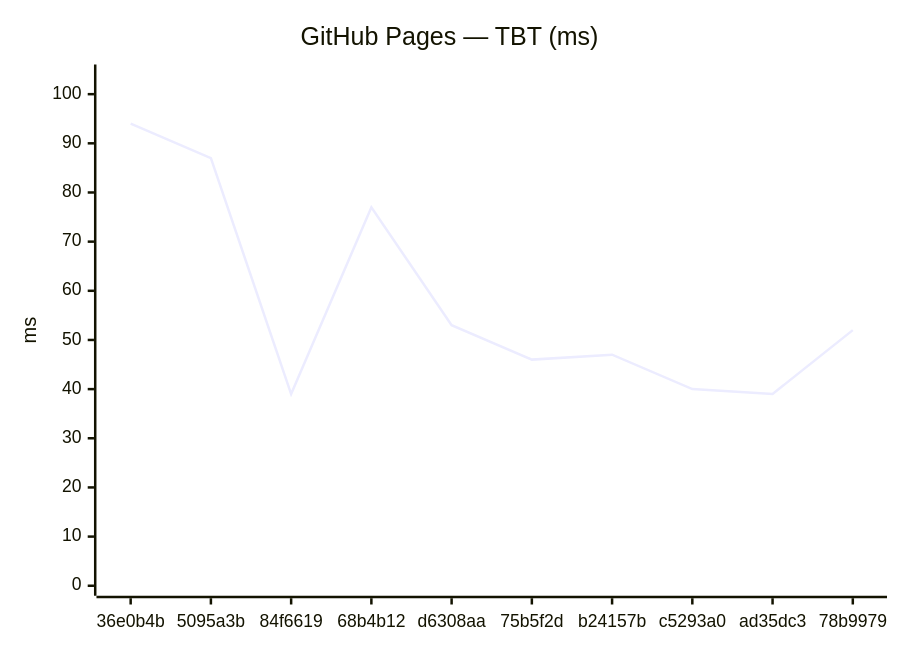
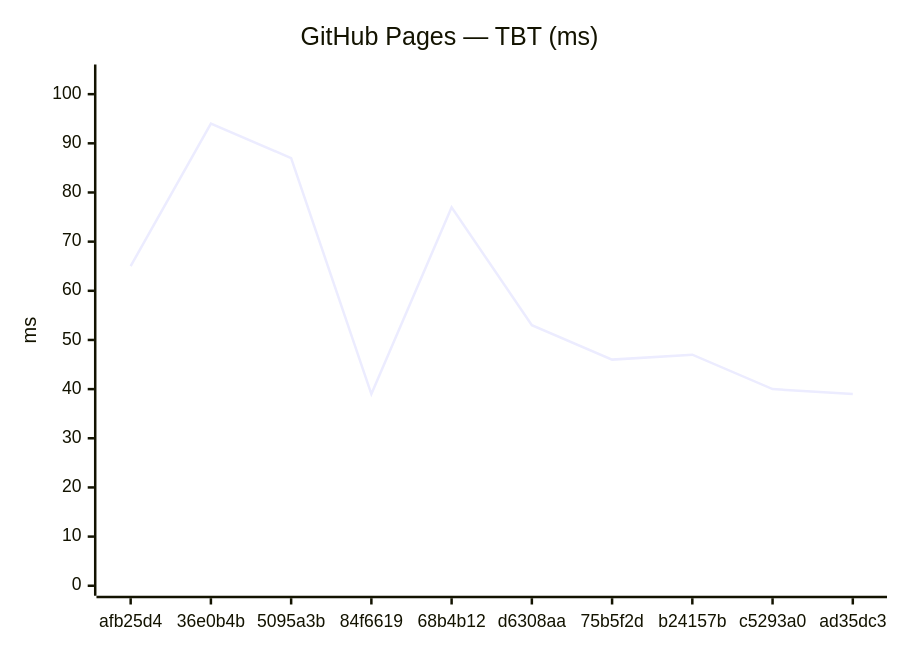
One commit to Metaheurist/Rianell changed the fourth of 18 diagrams in benchmarks/compare.md. Above: the diagram before and after it, drawn with Mermaid. The commit also changed other lines of this file and 11 other files, not shown here.

````diff
--- a/benchmarks/compare.md
+++ b/benchmarks/compare.md
@@ -61,7 +61,7 @@
 ```mermaid
 xychart-beta
     title "GitHub Pages — TBT (ms)"
-    x-axis ["36e0b4b", "5095a3b", "84f6619", "68b4b12", "d6308aa", "75b5f2d", "b24157b", "c5293a0", "ad35dc3", "78b9979"]
+    x-axis ["afb25d4", "36e0b4b", "5095a3b", "84f6619", "68b4b12", "d6308aa", "75b5f2d", "b24157b", "c5293a0", "ad35dc3"]
     y-axis "ms" 0 --> 104
-    line [94, 87, 39, 77, 53, 46, 47, 40, 39, 52]
+    line [65, 94, 87, 39, 77, 53, 46, 47, 40, 39]
 ```
````
